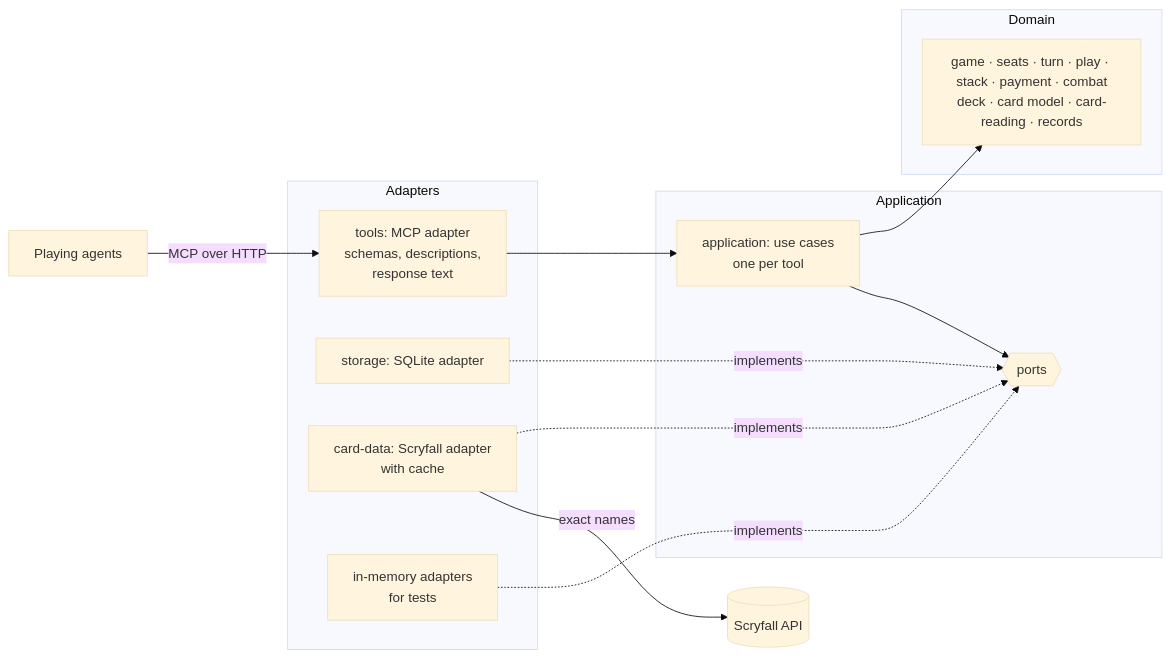
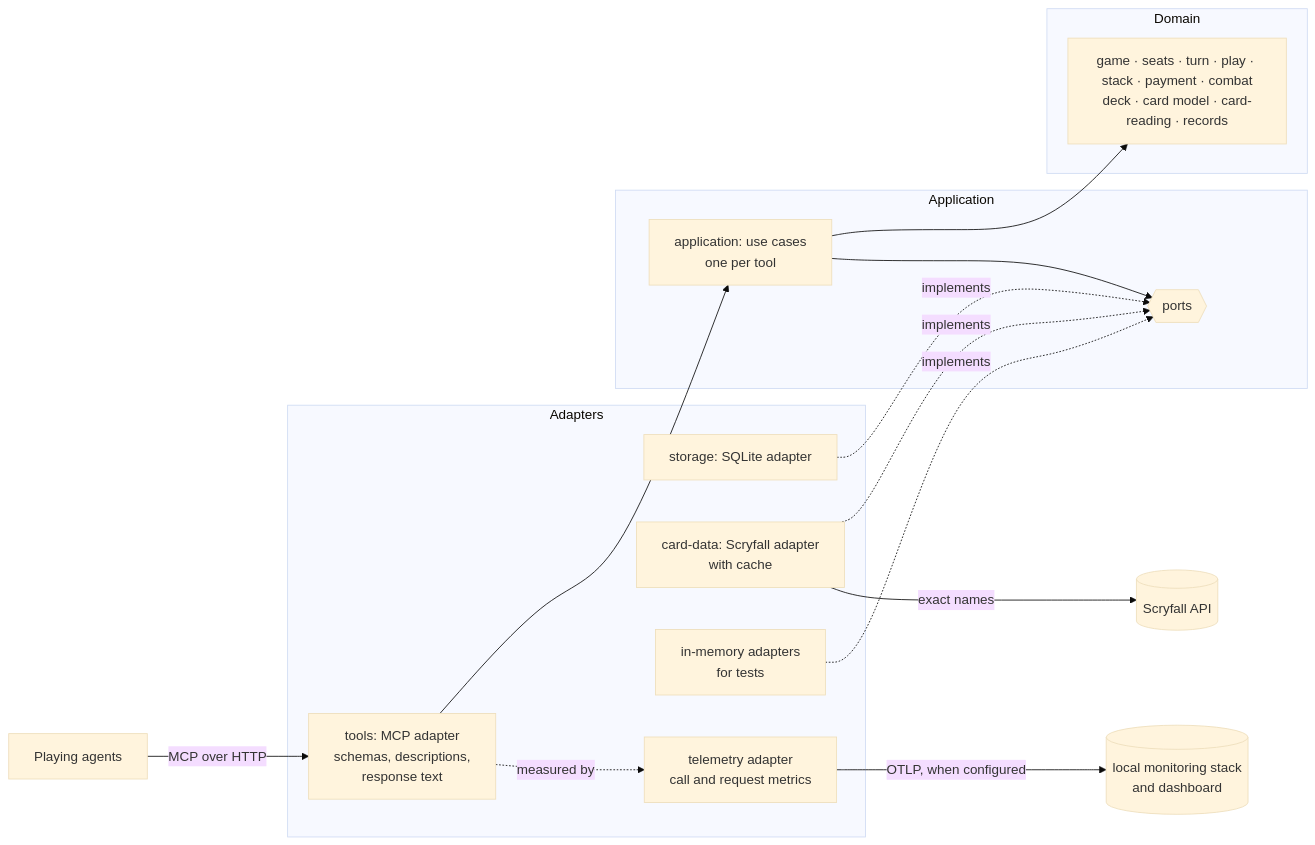
One commit to brandonPurvis/MtgGoldfishingMcp changed the diagram in docs/high-level-design.md. Above: the diagram before and after it, drawn with Mermaid (base theme). The commit also changed other lines of this file, not shown here.

First line of the commit message:
Add an observable-service goal and a telemetry component to the HLD

````diff
--- a/docs/high-level-design.md
+++ b/docs/high-level-design.md
@@ -112,24 +113,27 @@
 ```mermaid
 flowchart LR
     Agent[Playing agents] -->|MCP over HTTP| MCP
     subgraph Adapters
         MCP[tools: MCP adapter\nschemas, descriptions,\nresponse text]
         SQL[storage: SQLite adapter]
         SCRY[card-data: Scryfall adapter\nwith cache]
         MEM[in-memory adapters\nfor tests]
+        TEL[telemetry adapter\ncall and request metrics]
     end
     subgraph Application
         UC[application: use cases\none per tool]
         P{{ports}}
     end
     subgraph Domain
         D[game · seats · turn · play · stack · payment · combat\ndeck · card model · card-reading · records]
     end
     MCP --> UC
     UC --> D
     UC --> P
     SQL -.implements.-> P
     SCRY -.implements.-> P
     MEM -.implements.-> P
     SCRY -->|exact names| Scryfall[(Scryfall API)]
+    MCP -.measured by.-> TEL
+    TEL -->|OTLP, when configured| Stack[(local monitoring stack\nand dashboard)]
 ```
````
